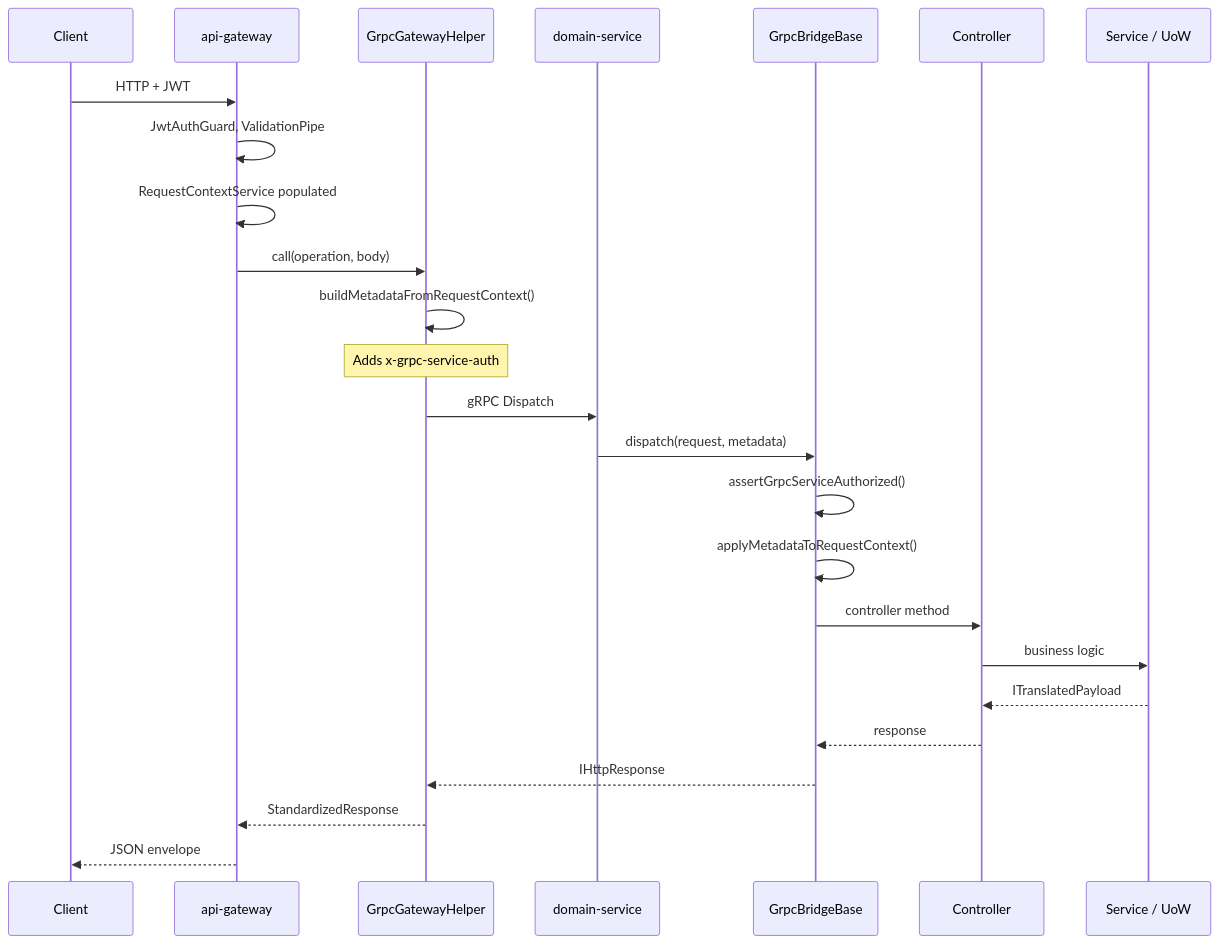
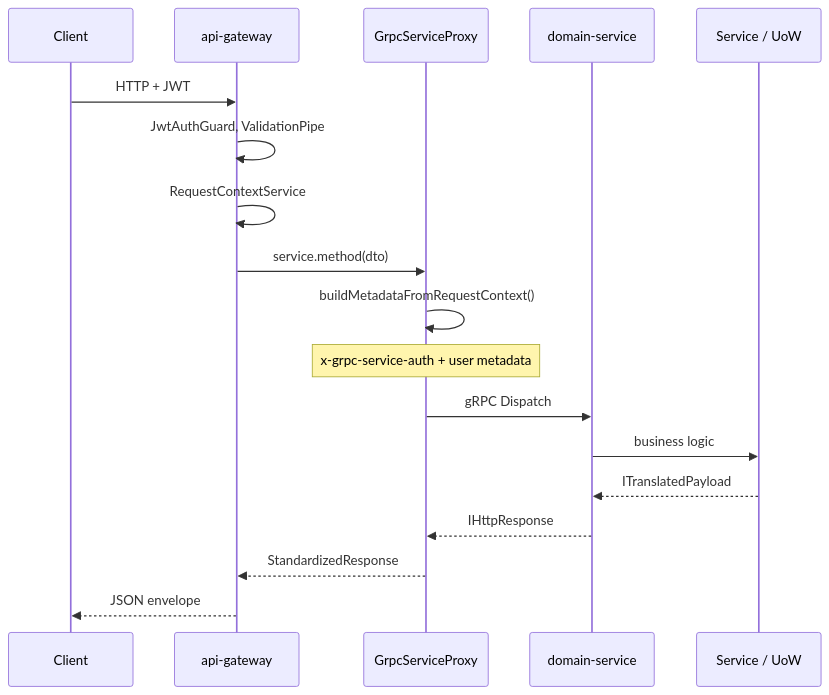
The second of 2 diagrams in docs/architecture/system-architecture.md (PLYS-NETWORK/plys-internal-hub-service-api), drawn with Mermaid before and after one commit. The commit also changed other lines of this file and 1610 other files, not shown here.

````diff
--- a/docs/architecture/system-architecture.md
+++ b/docs/architecture/system-architecture.md
@@ -94,28 +146,21 @@
 ```mermaid
 sequenceDiagram
   participant Client
   participant Gateway as api-gateway
-  participant GrpcClient as GrpcGatewayHelper
+  participant Proxy as GrpcServiceProxy
   participant Svc as domain-service
-  participant Bridge as GrpcBridgeBase
-  participant Ctrl as Controller
   participant Dom as Service / UoW
 
   Client->>Gateway: HTTP + JWT
   Gateway->>Gateway: JwtAuthGuard, ValidationPipe
-  Gateway->>Gateway: RequestContextService populated
-  Gateway->>GrpcClient: call(operation, body)
-  GrpcClient->>GrpcClient: buildMetadataFromRequestContext()
-  Note over GrpcClient: Adds x-grpc-service-auth
-  GrpcClient->>Svc: gRPC Dispatch
-  Svc->>Bridge: dispatch(request, metadata)
-  Bridge->>Bridge: assertGrpcServiceAuthorized()
-  Bridge->>Bridge: applyMetadataToRequestContext()
-  Bridge->>Ctrl: controller method
-  Ctrl->>Dom: business logic
-  Dom-->>Ctrl: ITranslatedPayload
-  Ctrl-->>Bridge: response
-  Bridge-->>GrpcClient: IHttpResponse
-  GrpcClient-->>Gateway: StandardizedResponse
+  Gateway->>Gateway: RequestContextService
+  Gateway->>Proxy: service.method(dto)
+  Proxy->>Proxy: buildMetadataFromRequestContext()
+  Note over Proxy: x-grpc-service-auth + user metadata
+  Proxy->>Svc: gRPC Dispatch
+  Svc->>Dom: business logic
+  Dom-->>Svc: ITranslatedPayload
+  Svc-->>Proxy: IHttpResponse
+  Proxy-->>Gateway: StandardizedResponse
   Gateway-->>Client: JSON envelope
 ```
````
